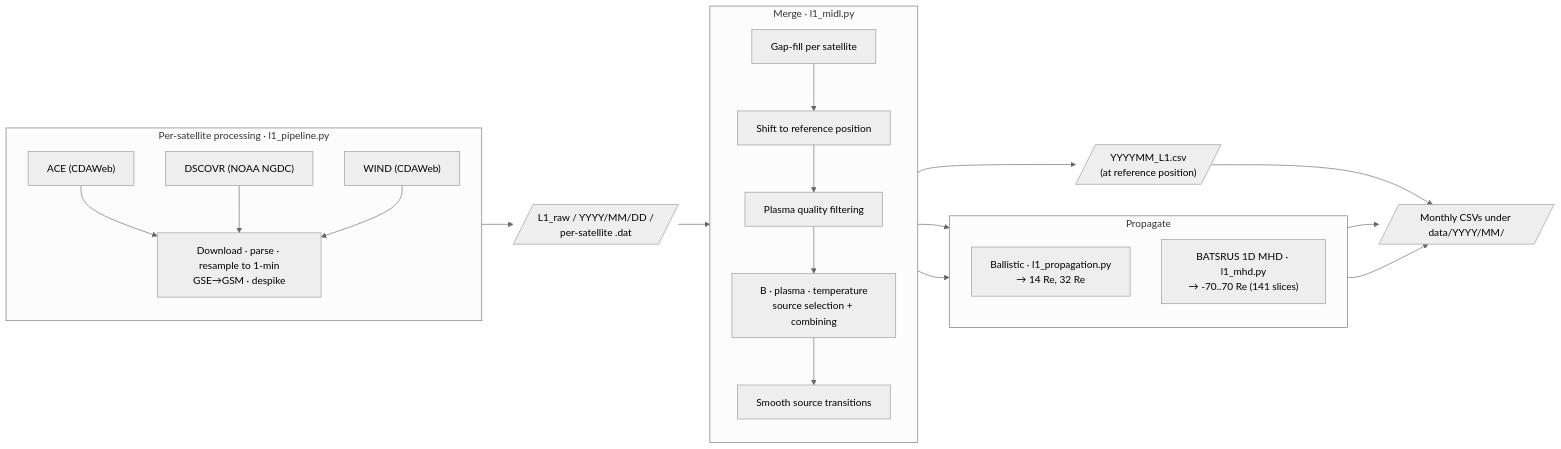
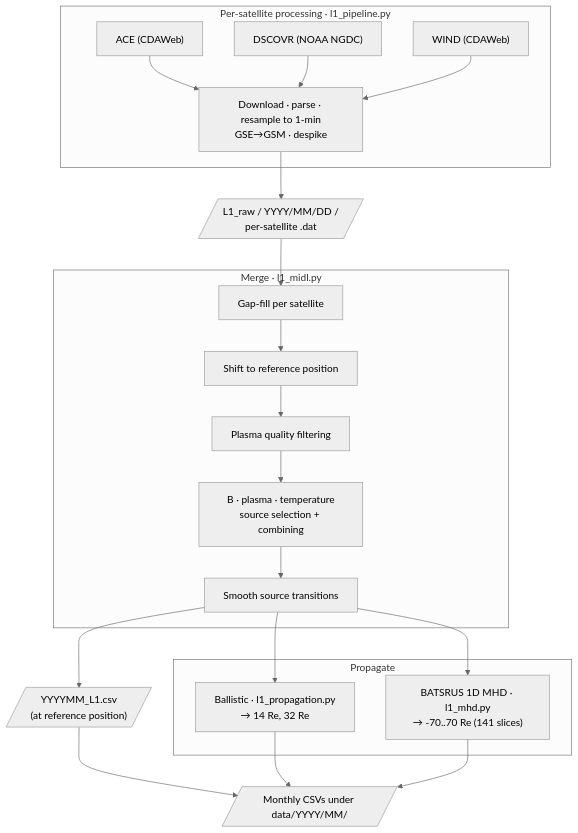
One commit to connordimarco/meldpy changed the diagram in README.md. Above: the diagram before and after it, drawn with Mermaid (neutral theme). The commit also changed other lines of this file, not shown here.

````diff
--- a/README.md
+++ b/README.md
@@ -9,38 +9,35 @@
 ```mermaid
-flowchart LR
+flowchart TD
     subgraph SAT["Per-satellite processing · l1_pipeline.py"]
-        direction TB
         ACE["ACE (CDAWeb)"]
         DSC["DSCOVR (NOAA NGDC)"]
         WND["WIND (CDAWeb)"]
         SP["Download · parse · resample to 1-min<br/>GSE→GSM · despike"]
         ACE & DSC & WND --> SP
     end
 
     L1R[/"L1_raw / YYYY/MM/DD /<br/>per-satellite .dat"/]
 
     subgraph MERGE["Merge · l1_midl.py"]
-        direction TB
         GF["Gap-fill per satellite"]
         PR["Shift to reference position"]
         QC["Plasma quality filtering"]
         SRC["B · plasma · temperature<br/>source selection + combining"]
         ST["Smooth source transitions"]
         GF --> PR --> QC --> SRC --> ST
     end
 
     L1CSV[/"YYYYMM_L1.csv<br/>(at reference position)"/]
 
     subgraph PROP["Propagate"]
-        direction TB
         BAL["Ballistic · l1_propagation.py<br/>→ 14 Re, 32 Re"]
         MHD["BATSRUS 1D MHD · l1_mhd.py<br/>→ -70..70 Re (141 slices)"]
     end
 
     OUT[/"Monthly CSVs under data/YYYY/MM/"/]
 
     SP --> L1R --> GF
     ST --> L1CSV --> OUT
     ST --> BAL --> OUT
     ST --> MHD --> OUT
 ```
````
